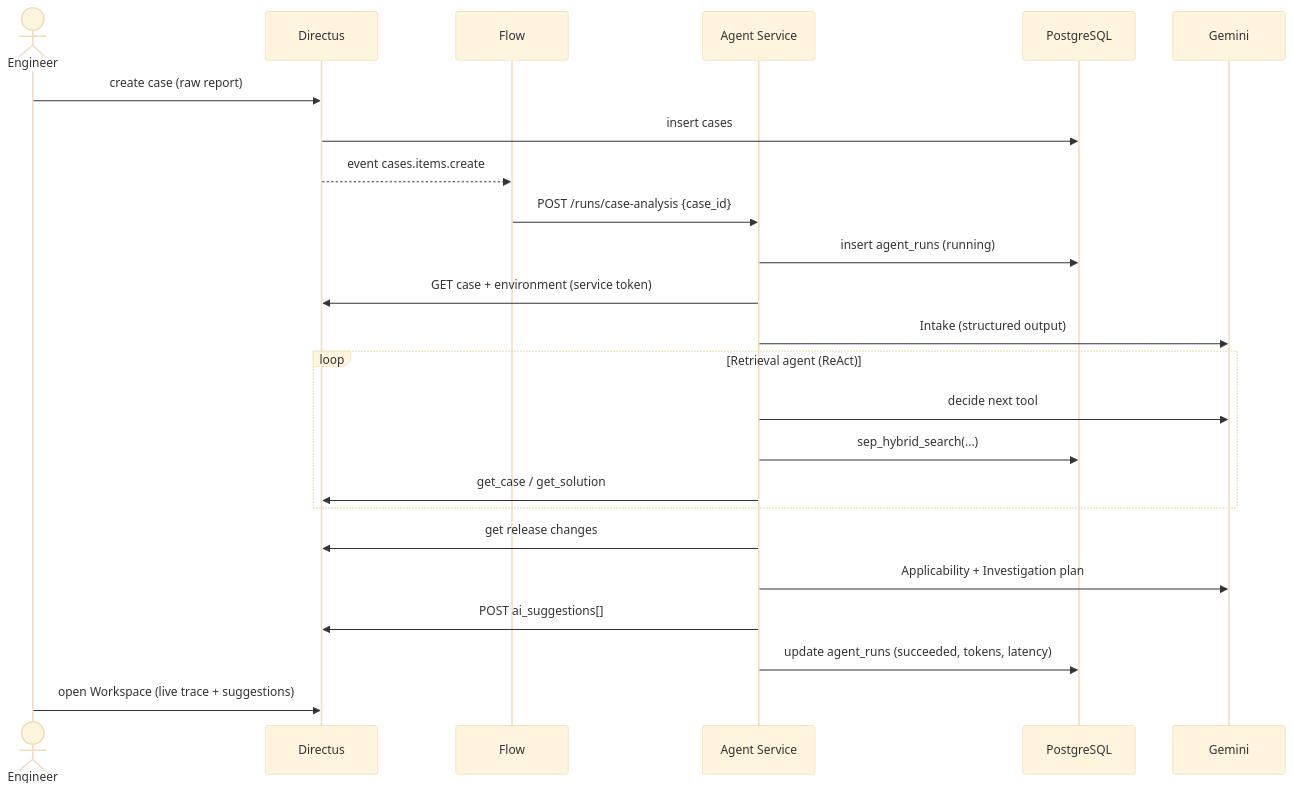
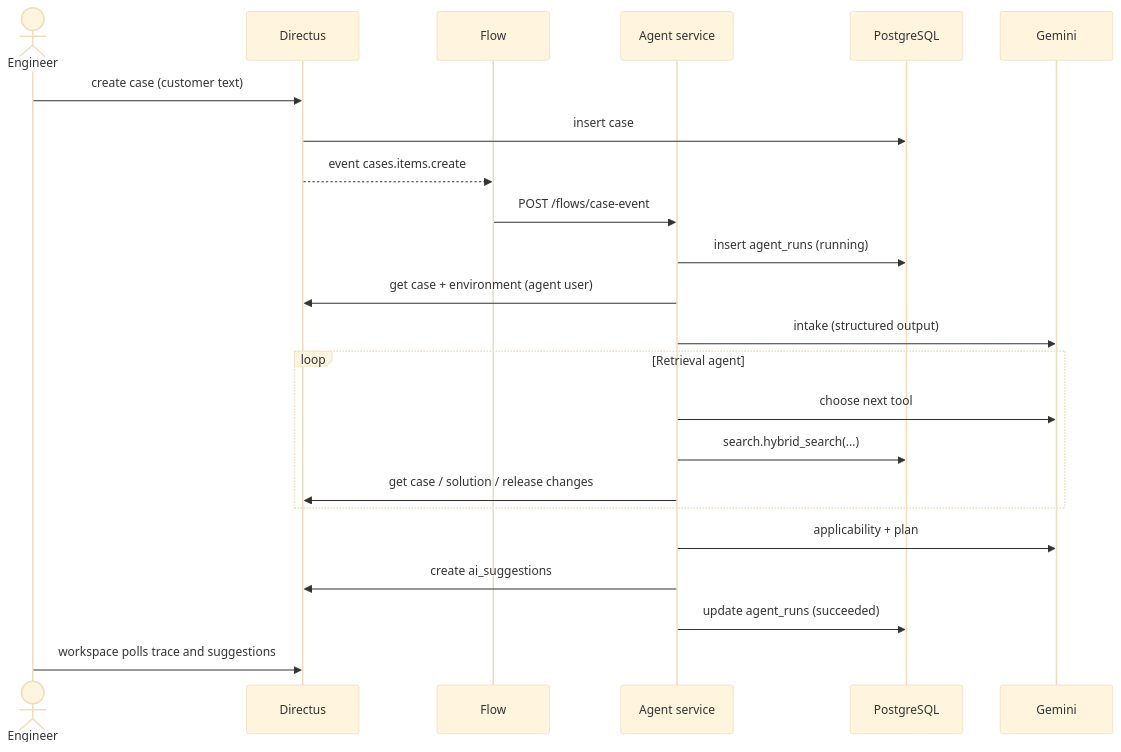
One commit to Maithiliii/viamedici-solution-platform changed the ninth of 10 diagrams in docs/02-product-implementation.md. Above: the diagram before and after it, drawn with Mermaid (base theme). The commit also changed other lines of this file and 2 other files, not shown here.

````diff
--- a/docs/02-product-implementation.md
+++ b/docs/02-product-implementation.md
@@ -561,27 +567,26 @@
 ```mermaid
 sequenceDiagram
     actor Eng as Engineer
     participant DS as Directus
     participant FL as Flow
-    participant AS as Agent Service
+    participant AS as Agent service
     participant PG as PostgreSQL
     participant LLM as Gemini
 
-    Eng->>DS: create case (raw report)
-    DS->>PG: insert cases
+    Eng->>DS: create case (customer text)
+    DS->>PG: insert case
     DS-->>FL: event cases.items.create
-    FL->>AS: POST /runs/case-analysis {case_id}
+    FL->>AS: POST /flows/case-event
     AS->>PG: insert agent_runs (running)
-    AS->>DS: GET case + environment (service token)
-    AS->>LLM: Intake (structured output)
-    loop Retrieval agent (ReAct)
-        AS->>LLM: decide next tool
-        AS->>PG: sep_hybrid_search(...)
-        AS->>DS: get_case / get_solution
+    AS->>DS: get case + environment (agent user)
+    AS->>LLM: intake (structured output)
+    loop Retrieval agent
+        AS->>LLM: choose next tool
+        AS->>PG: search.hybrid_search(...)
+        AS->>DS: get case / solution / release changes
     end
-    AS->>DS: get release changes
-    AS->>LLM: Applicability + Investigation plan
-    AS->>DS: POST ai_suggestions[]
-    AS->>PG: update agent_runs (succeeded, tokens, latency)
-    Eng->>DS: open Workspace (live trace + suggestions)
+    AS->>LLM: applicability + plan
+    AS->>DS: create ai_suggestions
+    AS->>PG: update agent_runs (succeeded)
+    Eng->>DS: workspace polls trace and suggestions
 ```
````
